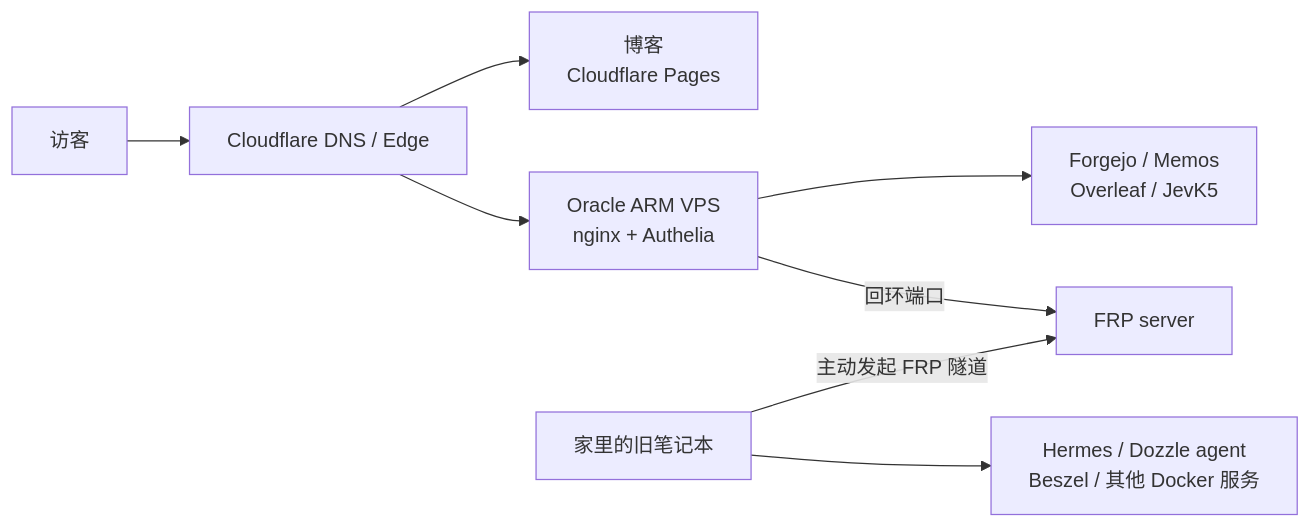
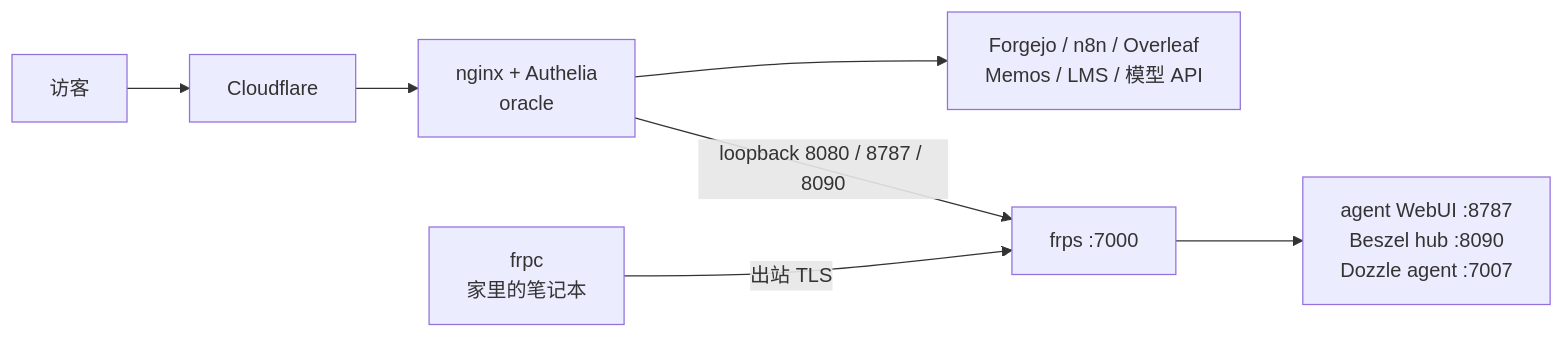
One commit to Vedaru/vedarublog.github.io changed the diagram in src/content/posts/private-cloud-one-month.zh.md. Above: the diagram before and after it, drawn with Mermaid. The commit also changed other lines of this file and 1 other file, not shown here.

````diff
--- a/src/content/posts/private-cloud-one-month.zh.md
+++ b/src/content/posts/private-cloud-one-month.zh.md
@@ -26,10 +78,9 @@
 ```mermaid
 flowchart LR
-    U[访客] --> CF[Cloudflare DNS / Edge]
-    CF --> P[博客<br/>Cloudflare Pages]
-    CF --> O[Oracle ARM VPS<br/>nginx + Authelia]
-    O --> S[Forgejo / Memos<br/>Overleaf / JevK5]
-    O -->|回环端口| F[FRP server]
-    H[家里的旧笔记本] -->|主动发起 FRP 隧道| F
-    H --> D[Hermes / Dozzle agent<br/>Beszel / 其他 Docker 服务]
+    U[访客] --> CF[Cloudflare]
+    CF --> N[nginx + Authelia<br/>oracle]
+    N --> S[Forgejo / n8n / Overleaf<br/>Memos / LMS / 模型 API]
+    N -->|loopback 8080 / 8787 / 8090| R[frps :7000]
+    C[frpc<br/>家里的笔记本] -->|出站 TLS| R
+    R --> A[agent WebUI :8787<br/>Beszel hub :8090<br/>Dozzle agent :7007]
 ```
````
